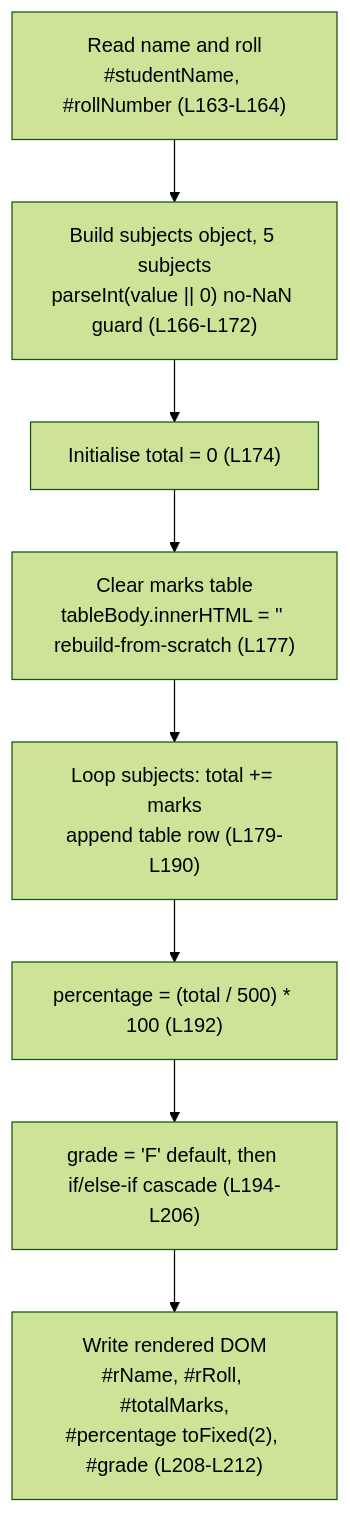
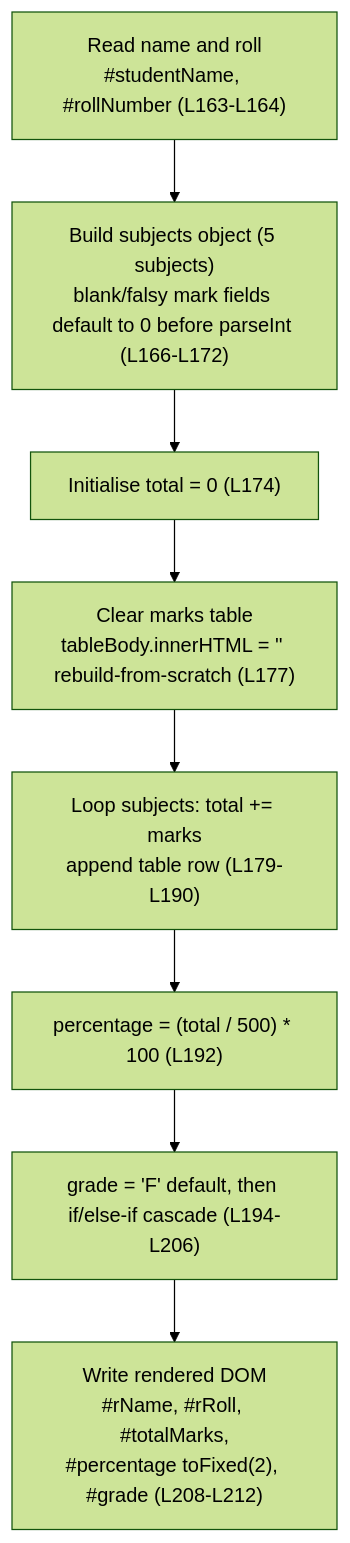
One commit to ajitblitzy/Student_Mngt_09-Jun-2026 changed the first of 2 diagrams in docs/api-reference/script-js.md. Above: the diagram before and after it, drawn with Mermaid (forest theme). The commit also changed other lines of this file and 7 other files, not shown here.

````diff
--- a/docs/api-reference/script-js.md
+++ b/docs/api-reference/script-js.md
@@ -231,12 +252,12 @@
 ```mermaid
 flowchart TD
     A["Read name and roll<br/>#studentName, #rollNumber (L163-L164)"]
-    B["Build subjects object, 5 subjects<br/>parseInt(value || 0) no-NaN guard (L166-L172)"]
+    B["Build subjects object (5 subjects)<br/>blank/falsy mark fields default to 0 before parseInt (L166-L172)"]
     C["Initialise total = 0 (L174)"]
     D["Clear marks table<br/>tableBody.innerHTML = '' rebuild-from-scratch (L177)"]
     E["Loop subjects: total += marks<br/>append table row (L179-L190)"]
     F["percentage = (total / 500) * 100 (L192)"]
     G["grade = 'F' default, then if/else-if cascade (L194-L206)"]
     H["Write rendered DOM<br/>#rName, #rRoll, #totalMarks,<br/>#percentage toFixed(2), #grade (L208-L212)"]
     A --> B --> C --> D --> E --> F --> G --> H
 ```
````
